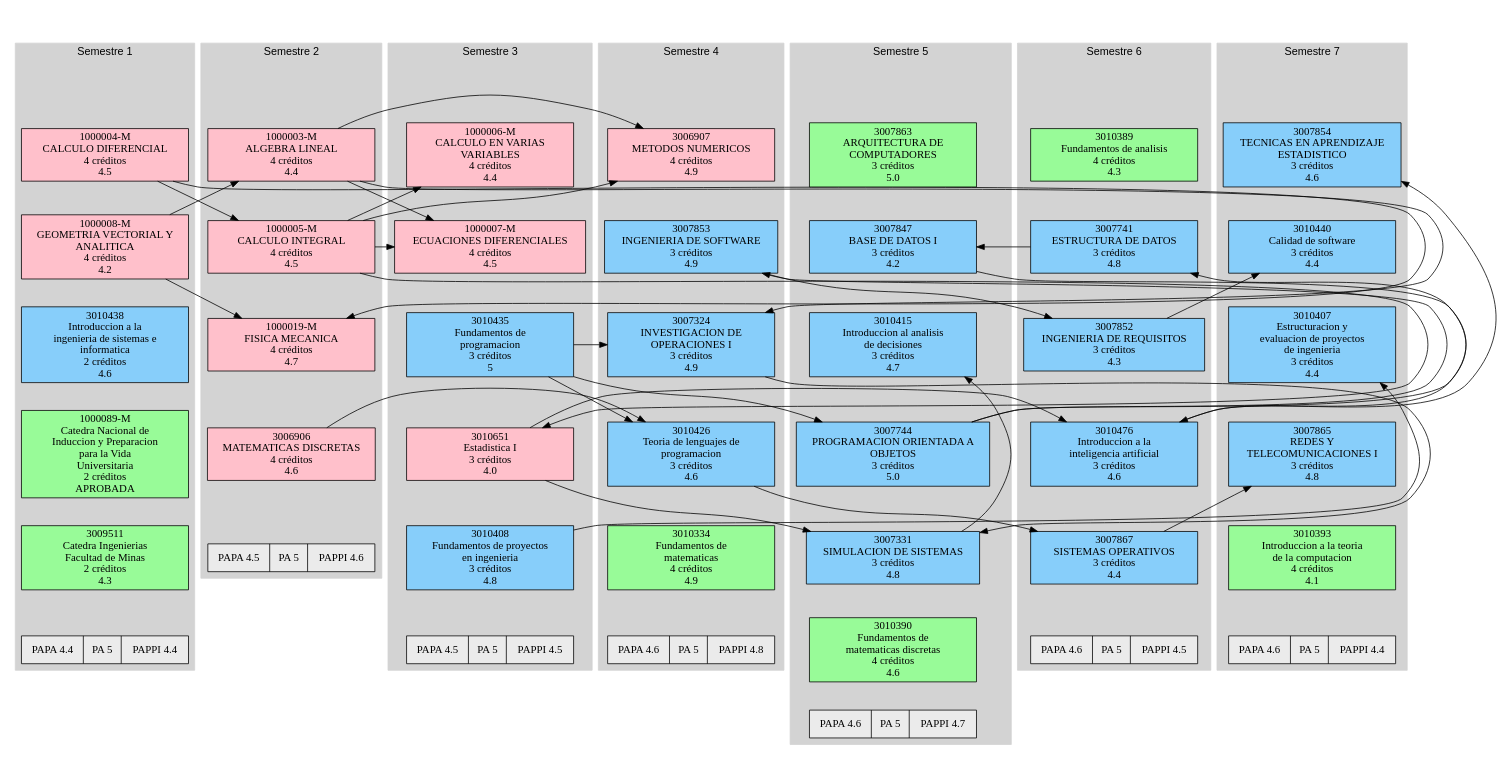
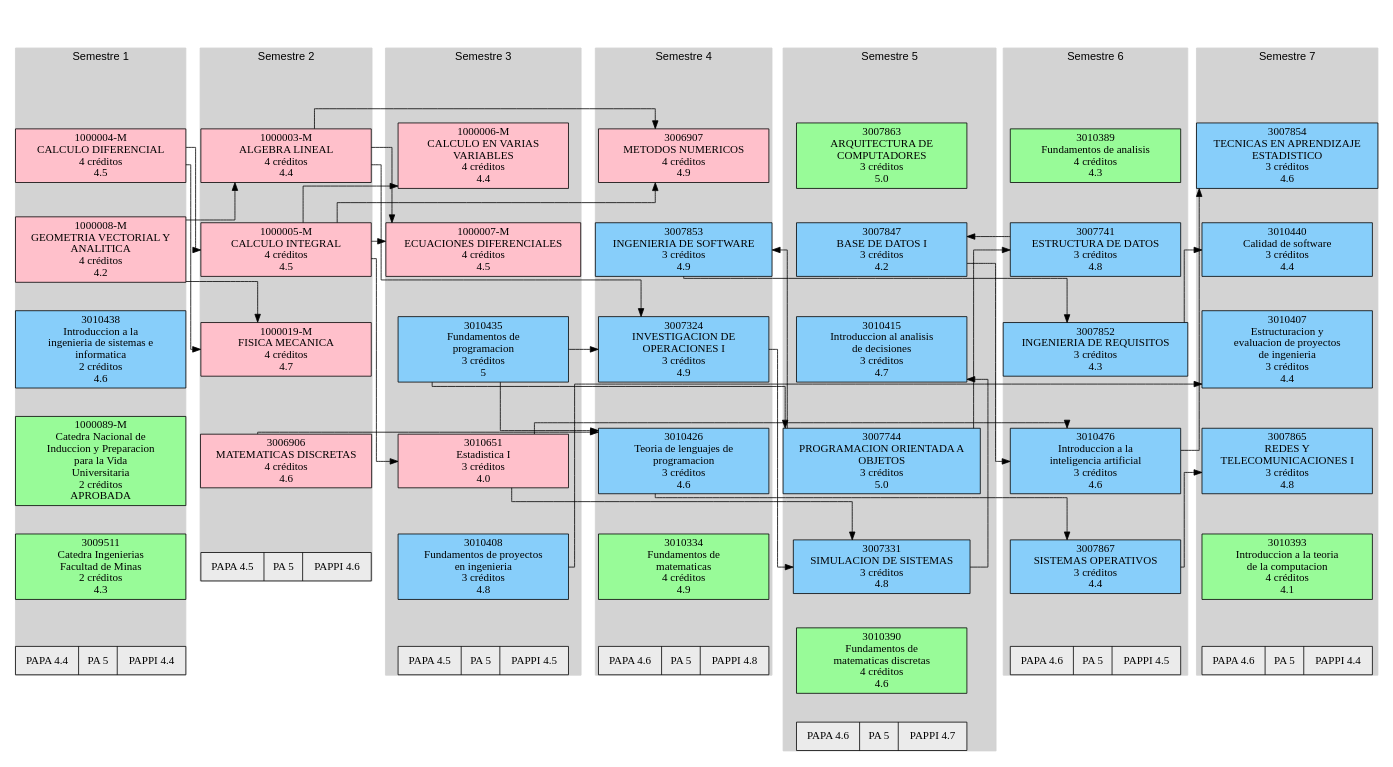
The diagram in codigo/asignatura_catalog/Digraph.gv (eporrasm/d-web), drawn with Graphviz before and after one commit. The commit also changed 2 other files, not shown here.

```diff
--- a/codigo/asignatura_catalog/Digraph.gv
+++ b/codigo/asignatura_catalog/Digraph.gv
@@ -1,6 +1,6 @@
 // Historia academica
 digraph {
-	graph [compound=true]
+	graph [compound=true margin=0.5 splines=ortho]
 	subgraph cluster_1 {
 		node [shape=box style=filled width=3]
 		color=lightgrey fontname=Arial style=filled
```
